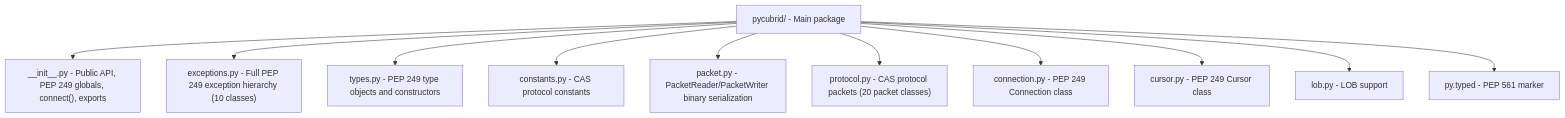
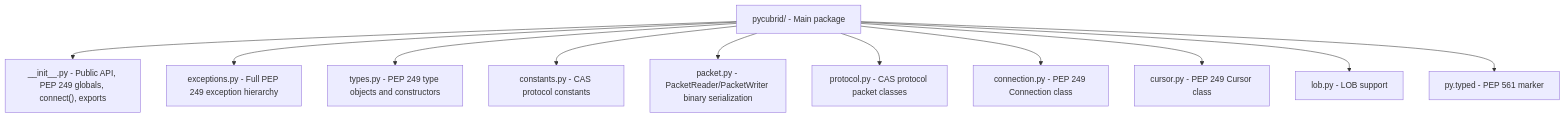
Before and after one commit to cubrid-lab/pycubrid: the first of 3 diagrams in AGENTS.md, drawn with Mermaid. The commit also changed other lines of this file and 1 other file, not shown here.

````diff
--- a/AGENTS.md
+++ b/AGENTS.md
@@ -22,25 +22,25 @@
 ```mermaid
 graph TD
     root["pycubrid/ - Main package"]
     init["__init__.py - Public API, PEP 249 globals, connect(), exports"]
-    exceptions["exceptions.py - Full PEP 249 exception hierarchy (10 classes)"]
+    exceptions[exceptions.py - Full PEP 249 exception hierarchy]
     types[types.py - PEP 249 type objects and constructors]
     constants[constants.py - CAS protocol constants]
     packet[packet.py - PacketReader/PacketWriter binary serialization]
-    protocol["protocol.py - CAS protocol packets (20 packet classes)"]
+    protocol[protocol.py - CAS protocol packet classes]
     connection[connection.py - PEP 249 Connection class]
     cursor[cursor.py - PEP 249 Cursor class]
     lob[lob.py - LOB support]
     typed[py.typed - PEP 561 marker]
 
     root --> init
     root --> exceptions
     root --> types
     root --> constants
     root --> packet
     root --> protocol
     root --> connection
     root --> cursor
     root --> lob
     root --> typed
 ```
````
